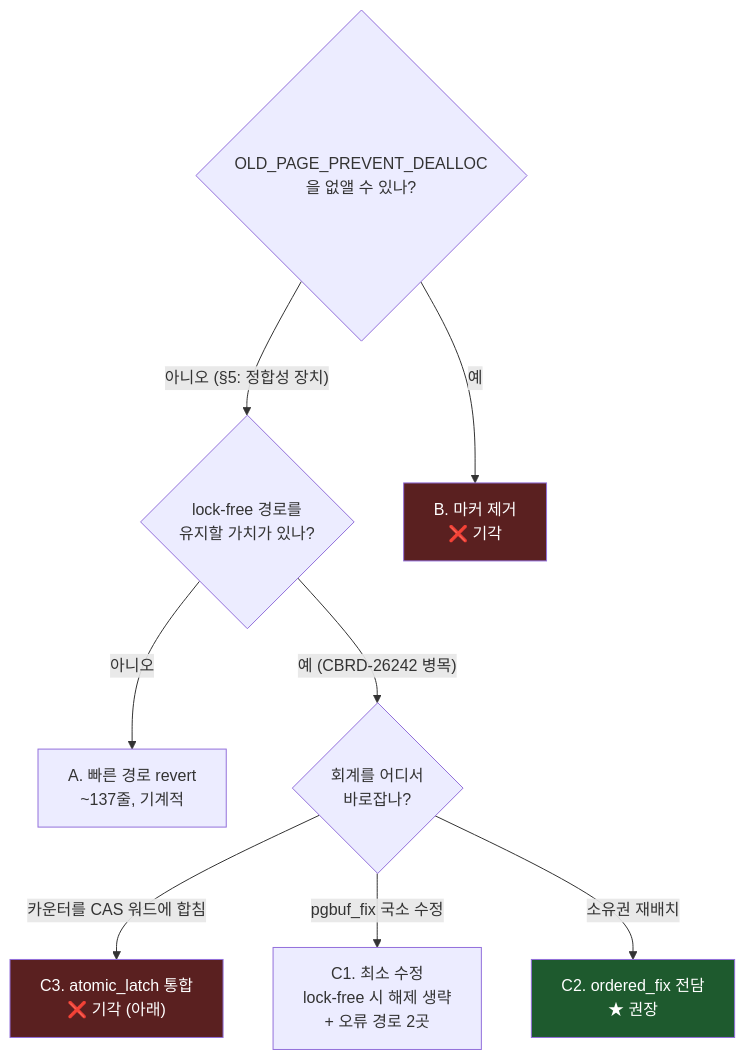
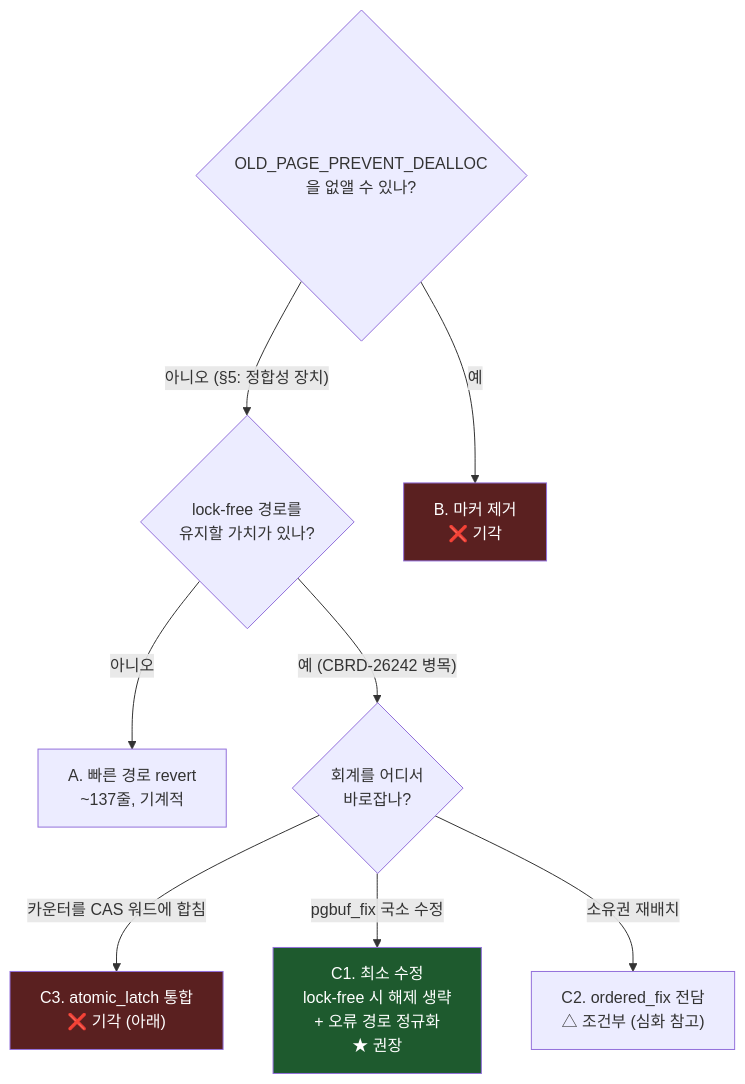
The fourth of 4 diagrams in pgbuf-analysis/e6ed61e_claude/10-CBRD-27263-repro-proof-and-solutions.md (vimkim/my-cubrid-docs), drawn with Mermaid before and after one commit. The commit also changed other lines of this file and 2 other files, not shown here.

````diff
--- a/pgbuf-analysis/e6ed61e_claude/10-CBRD-27263-repro-proof-and-solutions.md
+++ b/pgbuf-analysis/e6ed61e_claude/10-CBRD-27263-repro-proof-and-solutions.md
@@ -250,14 +250,14 @@
 ```mermaid
 flowchart TD
     Q1{"OLD_PAGE_PREVENT_DEALLOC<br/>을 없앨 수 있나?"} -- "아니오 (§5: 정합성 장치)" --> Q2
     Q1 -- 예 --> B["B. 마커 제거<br/>❌ 기각"]
     Q2{"lock-free 경로를<br/>유지할 가치가 있나?"} -- "아니오" --> A["A. 빠른 경로 revert<br/>~137줄, 기계적"]
     Q2 -- "예 (CBRD-26242 병목)" --> Q3{"회계를 어디서<br/>바로잡나?"}
     Q3 -- "카운터를 CAS 워드에 합침" --> C3["C3. atomic_latch 통합<br/>❌ 기각 (아래)"]
-    Q3 -- "pgbuf_fix 국소 수정" --> C1["C1. 최소 수정<br/>lock-free 시 해제 생략<br/>+ 오류 경로 2곳"]
-    Q3 -- "소유권 재배치" --> C2["C2. ordered_fix 전담<br/>★ 권장"]
+    Q3 -- "pgbuf_fix 국소 수정" --> C1["C1. 최소 수정<br/>lock-free 시 해제 생략<br/>+ 오류 경로 정규화<br/>★ 권장"]
+    Q3 -- "소유권 재배치" --> C2["C2. ordered_fix 전담<br/>△ 조건부 (심화 참고)"]
 
     style B fill:#5a2020,color:#fff
     style C3 fill:#5a2020,color:#fff
-    style C2 fill:#1e5a2e,color:#fff
+    style C1 fill:#1e5a2e,color:#fff
 ```
````
